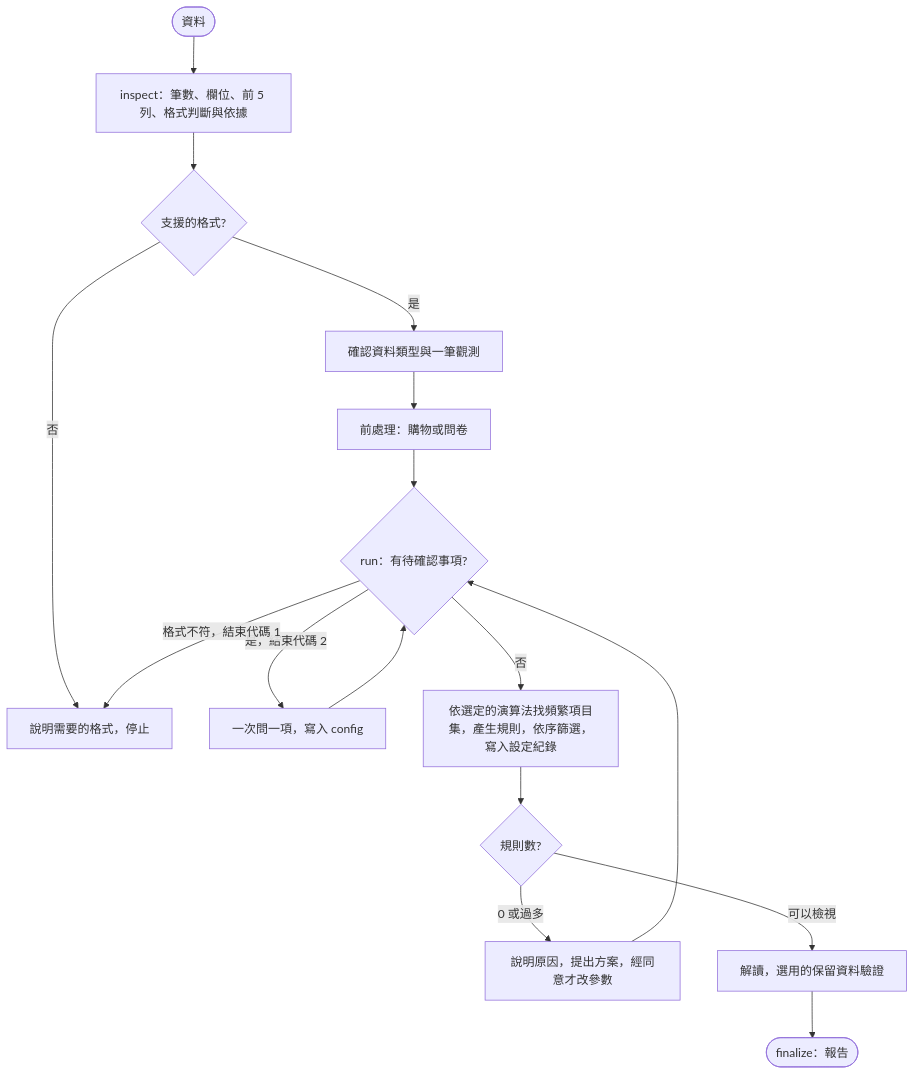
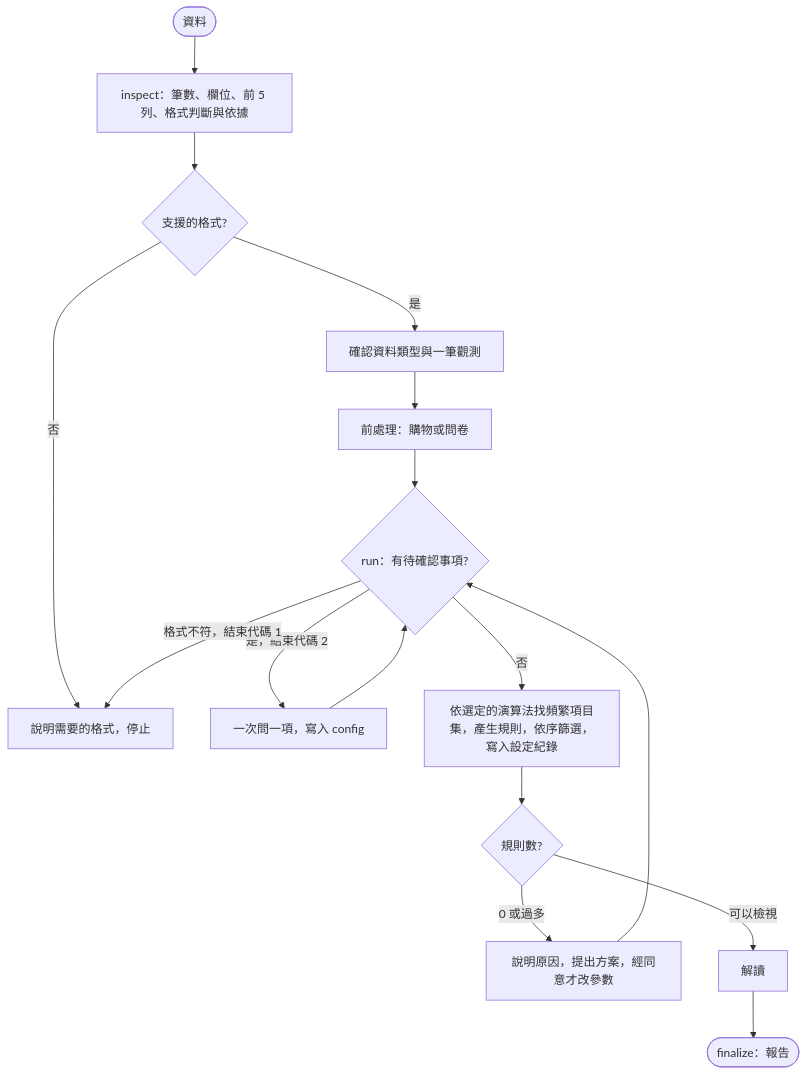
The diagram in references/decision-tree.md (baymax6716/association-rules-skill), drawn with Mermaid before and after one commit. The commit also changed other lines of this file and 11 other files, not shown here.

````diff
--- a/references/decision-tree.md
+++ b/references/decision-tree.md
@@ -8,15 +8,15 @@
 ```mermaid
 flowchart TD
     A([資料]) --> B[inspect：筆數、欄位、前 5 列、格式判斷與依據]
     B --> C{支援的格式?}
     C -- 否 --> X[說明需要的格式，停止]
     C -- 是 --> D[確認資料類型與一筆觀測]
     D --> E[前處理：購物或問卷]
     E --> F{run：有待確認事項?}
     F -- 是，結束代碼 2 --> G[一次問一項，寫入 config] --> F
     F -- 格式不符，結束代碼 1 --> X
     F -- 否 --> H[依選定的演算法找頻繁項目集，產生規則，依序篩選，寫入設定紀錄]
     H --> I{規則數?}
     I -- 0 或過多 --> J[說明原因，提出方案，經同意才改參數] --> F
-    I -- 可以檢視 --> K[解讀，選用的保留資料驗證] --> L([finalize：報告])
+    I -- 可以檢視 --> K[解讀] --> L([finalize：報告])
 ```
````
